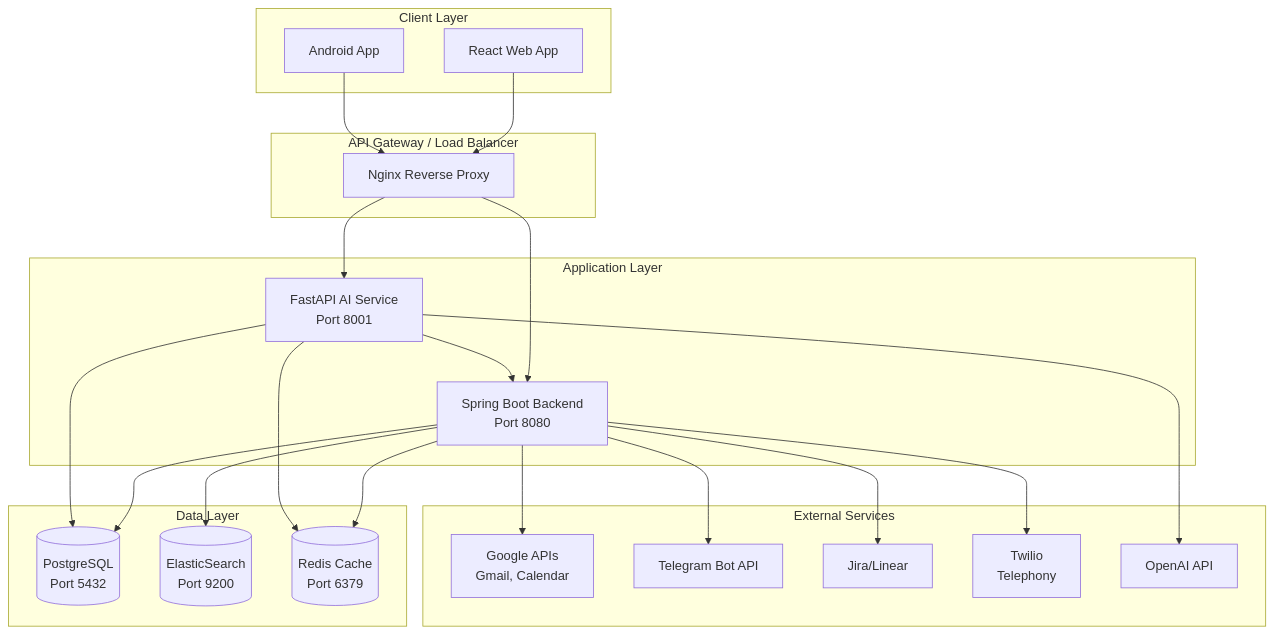
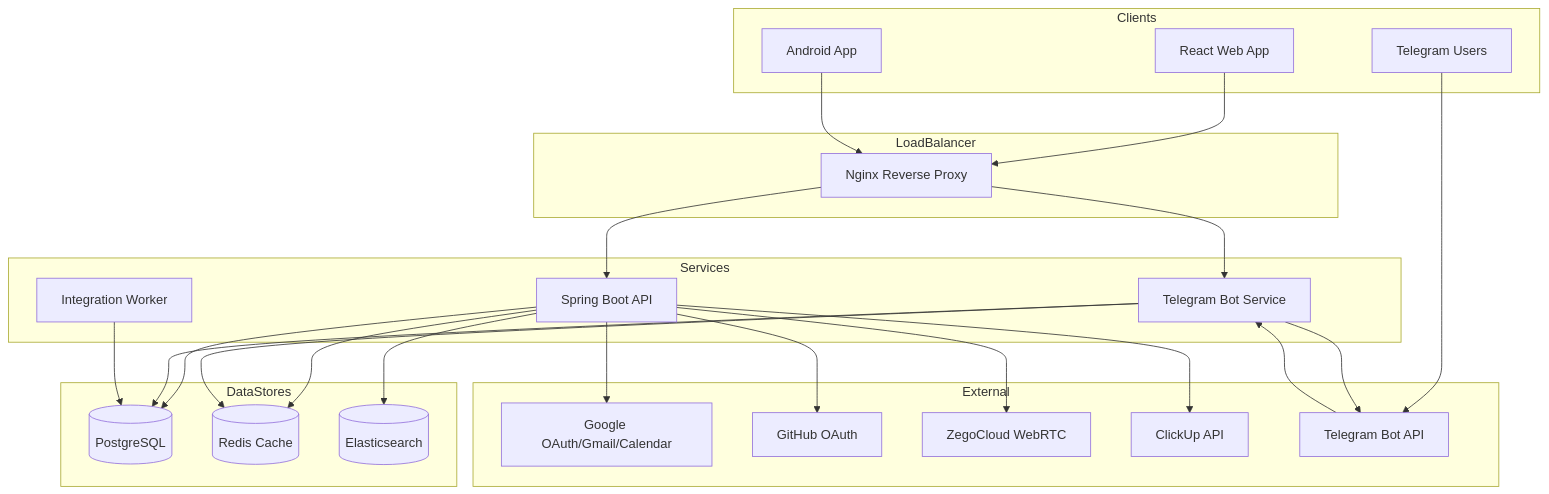
The first of 24 diagrams in docs/ARCHITECTURE.md (Taibur-Rahaman/Multi-Tenant-CRM-System), drawn with Mermaid before and after one commit. The commit also changed other lines of this file and 62 other files, not shown here.

Commit message:
Remove obsolete files and scripts related to GitHub upload and architecture documentation; add new backend schema and AI service components for the NeoBit CRM system.

````diff
--- a/docs/ARCHITECTURE.md
+++ b/docs/ARCHITECTURE.md
@@ -5,48 +26,52 @@
 ```mermaid
-graph TB
-    subgraph "Client Layer"
+flowchart TB
+    subgraph Clients
         WEB[React Web App]
-        MOBILE[Android App]
+        MOB[Android App]
+        TG[Telegram Users]
     end
 
-    subgraph "API Gateway / Load Balancer"
+    subgraph LoadBalancer
         NGINX[Nginx Reverse Proxy]
     end
 
-    subgraph "Application Layer"
-        BACKEND[Spring Boot Backend<br/>Port 8080]
-        AI[FastAPI AI Service<br/>Port 8001]
+    subgraph Services
+        API[Spring Boot API]
+        BOT[Telegram Bot Service]
+        WORKER[Integration Worker]
     end
 
-    subgraph "Data Layer"
-        PG[(PostgreSQL<br/>Port 5432)]
-        ES[(ElasticSearch<br/>Port 9200)]
-        REDIS[(Redis Cache<br/>Port 6379)]
+    subgraph DataStores
+        PG[(PostgreSQL)]
+        REDIS[(Redis Cache)]
+        ES[(Elasticsearch)]
     end
 
-    subgraph "External Services"
-        GOOGLE[Google APIs<br/>Gmail, Calendar]
-        TELEGRAM[Telegram Bot API]
-        JIRA[Jira/Linear]
-        TWILIO[Twilio<br/>Telephony]
-        OPENAI[OpenAI API]
+    subgraph External
+        GOOGLE[Google OAuth/Gmail/Calendar]
+        GITHUB[GitHub OAuth]
+        ZEGO[ZegoCloud WebRTC]
+        CLICKUP[ClickUp API]
+        TGAPI[Telegram Bot API]
     end
 
     WEB --> NGINX
-    MOBILE --> NGINX
-    NGINX --> BACKEND
-    NGINX --> AI
+    MOB --> NGINX
+    TG --> TGAPI --> BOT
 
-    BACKEND --> PG
-    BACKEND --> ES
-    BACKEND --> REDIS
-    AI --> PG
-    AI --> REDIS
-    AI --> BACKEND
+    NGINX --> API
+    NGINX --> BOT
 
-    BACKEND --> GOOGLE
-    BACKEND --> TELEGRAM
-    BACKEND --> JIRA
-    BACKEND --> TWILIO
-    AI --> OPENAI
+    API --> PG
+    API --> REDIS
+    API --> ES
+    BOT --> PG
+    BOT --> REDIS
+    WORKER --> PG
+
+    API --> GOOGLE
+    API --> GITHUB
+    API --> ZEGO
+    API --> CLICKUP
+    BOT --> TGAPI
 ```
````
